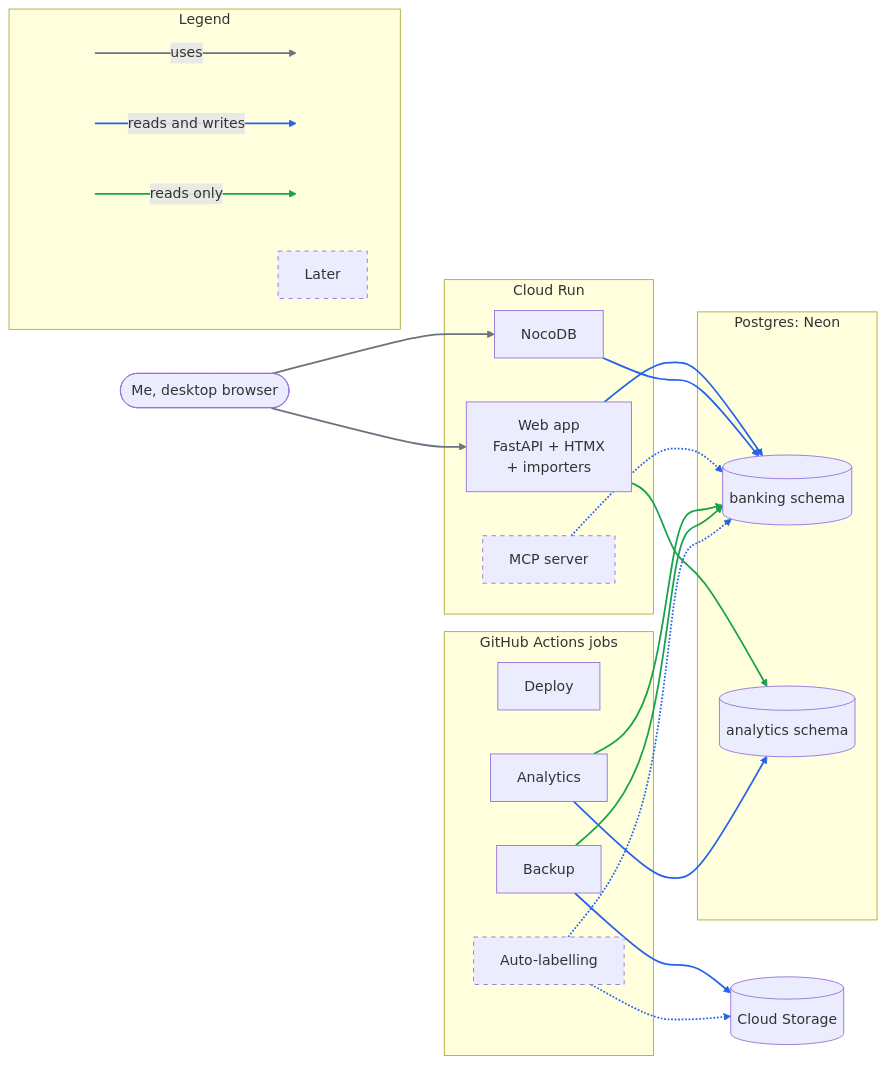
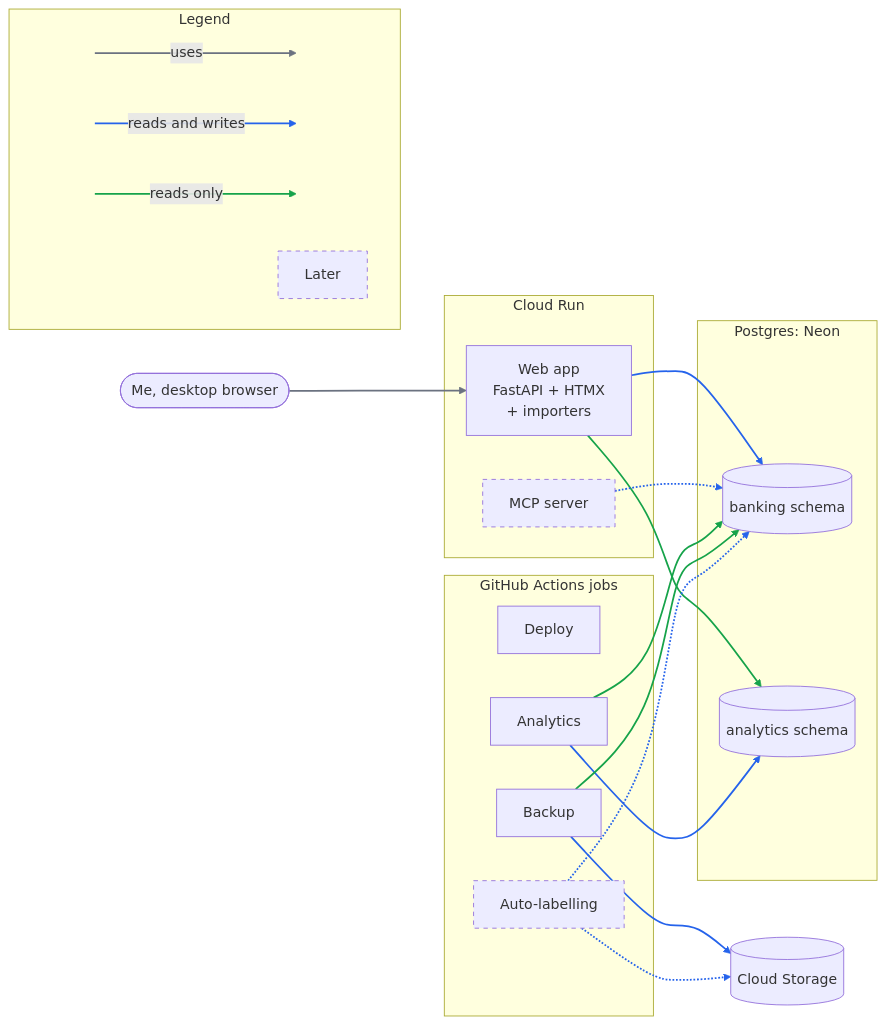
Before and after one commit to machbry/autoquest: the diagram in apps/banking/docs/architecture.md, drawn with Mermaid. The commit also changed other lines of this file and 1 other file, not shown here.

Commit message:
docs(banking): drop NocoDB, single FastAPI + HTMX web app

````diff
--- a/apps/banking/docs/architecture.md
+++ b/apps/banking/docs/architecture.md
@@ -13,49 +12,46 @@
 ```mermaid
 flowchart LR
     user([Me, desktop browser])
     subgraph run[Cloud Run]
         web[Web app<br/>FastAPI + HTMX<br/>+ importers]
-        noco[NocoDB]
         mcp[MCP server]
     end
     subgraph pg[Postgres: Neon]
         banking[(banking schema)]
         analytics[(analytics schema)]
     end
     subgraph gha[GitHub Actions jobs]
         deploy[Deploy]
         backup[Backup]
         dbt[Analytics]
         ml[Auto-labelling]
     end
     gcs[(Cloud Storage)]
 
     user --> web
-    user --> noco
     web --> banking
     web --> analytics
-    noco --> banking
     mcp -.-> banking
     dbt --> banking
     dbt --> analytics
     backup --> banking
     backup --> gcs
     ml -.-> banking
     ml -.-> gcs
 
     subgraph legend[Legend]
         direction LR
         k1[ ] -- uses --> k2[ ]
         k3[ ] -- reads and writes --> k4[ ]
         k5[ ] -- reads only --> k6[ ]
         k7[Later]
     end
 
     classDef key fill:none,stroke:none
     class k1,k2,k3,k4,k5,k6 key
     classDef later stroke-dasharray:5 5
     class mcp,ml,k7 later
-    linkStyle 0,1,12 stroke:#6b7280,stroke-width:2px
-    linkStyle 2,4,5,7,9,10,11,13 stroke:#2563eb,stroke-width:2px
-    linkStyle 3,6,8,14 stroke:#16a34a,stroke-width:2px
+    linkStyle 0,10 stroke:#6b7280,stroke-width:2px
+    linkStyle 1,3,5,7,8,9,11 stroke:#2563eb,stroke-width:2px
+    linkStyle 2,4,6,12 stroke:#16a34a,stroke-width:2px
 ```
````
